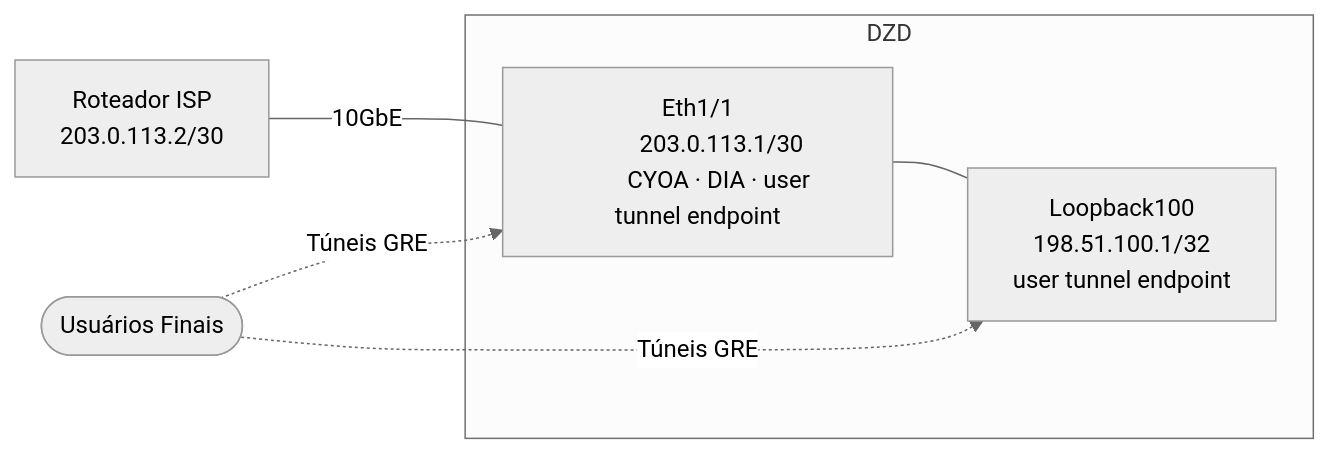
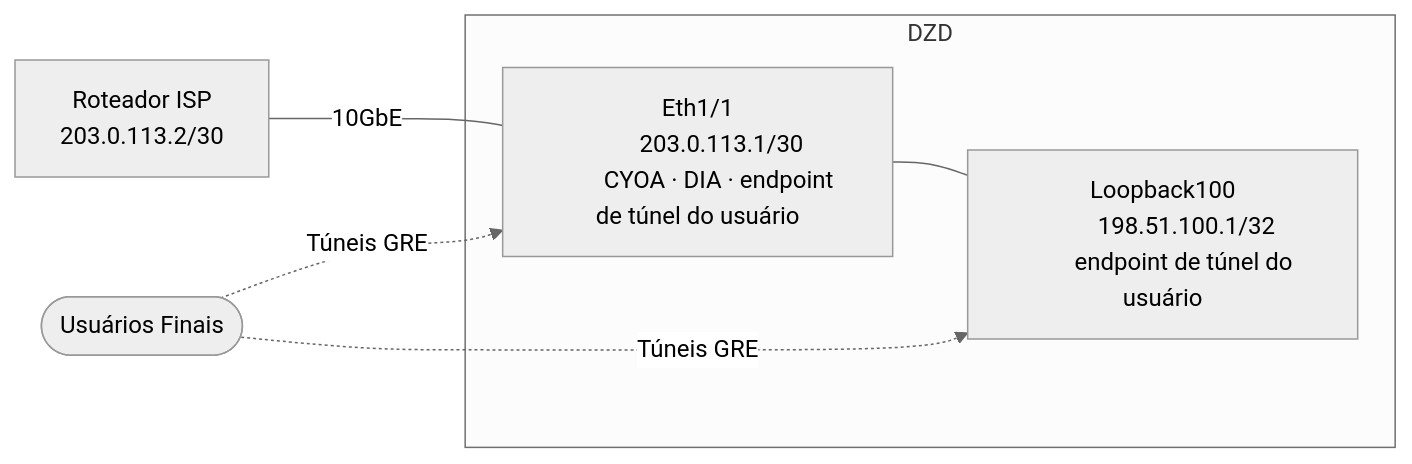
One commit to malbeclabs/docs changed the eighth of 13 diagrams in docs/contribute-provisioning.pt.md. Above: the diagram before and after it, drawn with Mermaid (neutral theme). The commit also changed other lines of this file and 160 other files, not shown here.

````diff
--- a/docs/contribute-provisioning.pt.md
+++ b/docs/contribute-provisioning.pt.md
@@ -392,20 +460,20 @@
 ```mermaid
 flowchart LR
     USERS(["Usuários Finais"])
 
     subgraph DZD["DZD"]
         E1["Eth1/1
         203.0.113.1/30
-        CYOA · DIA · user tunnel endpoint"]
+        CYOA · DIA · endpoint de túnel do usuário"]
         LO["Loopback100
-        198.51.100.1/32\n        user tunnel endpoint"]
+        198.51.100.1/32\n        endpoint de túnel do usuário"]
         E1 --- LO
     end
 
     ISP["Roteador ISP
     203.0.113.2/30"]
 
     ISP -- "10GbE" --- E1
     USERS -. "Túneis GRE" .-> E1
     USERS -. "Túneis GRE" .-> LO
 ```
````
